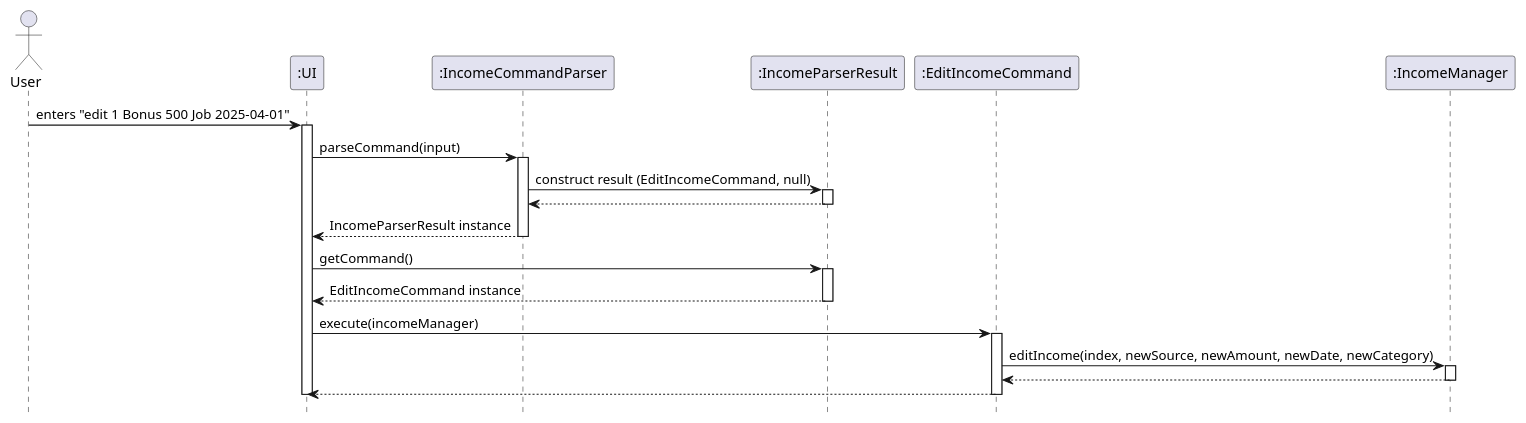
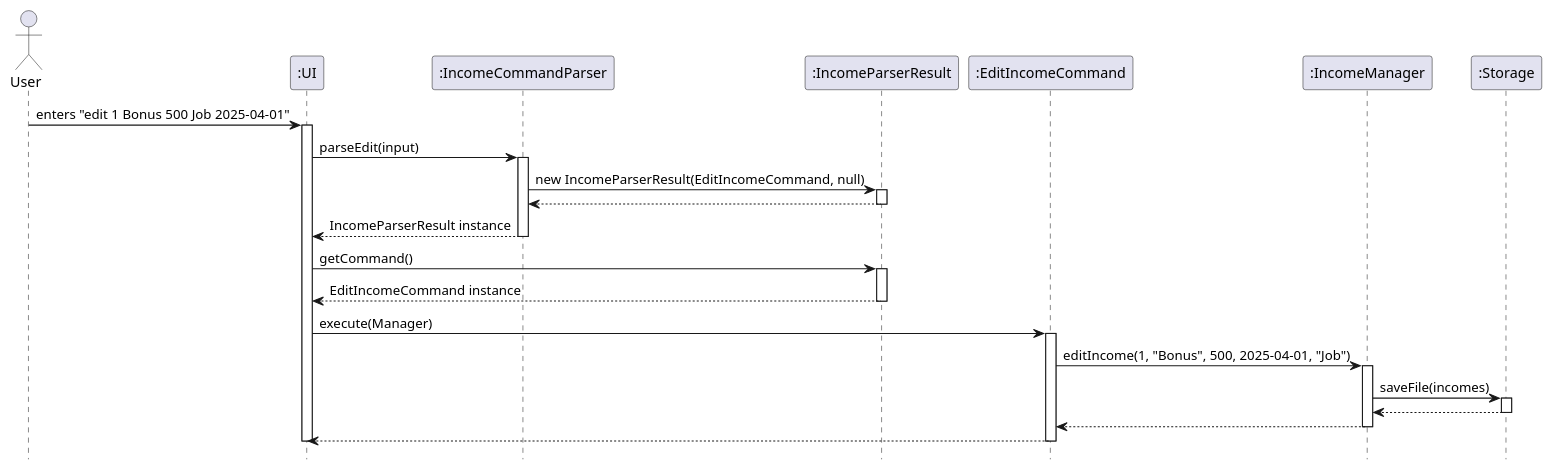
The diagram in docs/diagrams/EditIncomeSequence.puml (trunghjieu2506/tp), drawn with PlantUML before and after one commit. The commit also changed 8 other files, not shown here.

Commit message:
Update PlantUML diagrams

```diff
--- a/docs/diagrams/EditIncomeSequence.puml
+++ b/docs/diagrams/EditIncomeSequence.puml
@@ -1,41 +1,51 @@
 @startuml
 actor User
-participant ":UI"
-participant ":IncomeCommandParser"
-participant ":IncomeParserResult"
-participant ":EditIncomeCommand"
-participant ":IncomeManager"
+participant ":UI" as UI
+participant ":IncomeCommandParser" as Parser
+participant ":IncomeParserResult" as Result
+participant ":EditIncomeCommand" as EditCommand
+participant ":IncomeManager" as Manager
+participant ":Storage" as Storage
 hide footbox
 
-User -> ":UI" : enters "edit 1 Bonus 500 Job 2025-04-01"
-activate ":UI"
+User -> UI : enters "edit 1 Bonus 500 Job 2025-04-01"
+activate UI
 
-":UI" -> ":IncomeCommandParser": parseCommand(input)
-activate ":IncomeCommandParser"
+UI -> Parser : parseEdit(input)
+activate Parser
 
-":IncomeCommandParser" -> ":IncomeParserResult": construct result (EditIncomeCommand, null)
-activate ":IncomeParserResult"
-":IncomeParserResult" --> ":IncomeCommandParser"
-deactivate ":IncomeParserResult"
+Parser -> Result : new IncomeParserResult(EditIncomeCommand, null)
+activate Result
 
-":IncomeCommandParser" --> ":UI": IncomeParserResult instance
-deactivate ":IncomeCommandParser"
+Result --> Parser
+deactivate Result
 
-":UI" -> ":IncomeParserResult": getCommand()
-activate ":IncomeParserResult"
-":IncomeParserResult" --> ":UI": EditIncomeCommand instance
-deactivate ":IncomeParserResult"
+Parser --> UI : IncomeParserResult instance
+deactivate Parser
 
-":UI" -> ":EditIncomeCommand": execute(incomeManager)
-activate ":EditIncomeCommand"
+UI -> Result : getCommand()
+activate Result
 
-":EditIncomeCommand" -> ":IncomeManager": editIncome(index, newSource, newAmount, newDate, newCategory)
-activate ":IncomeManager"
-":IncomeManager" --> ":EditIncomeCommand"
-deactivate ":IncomeManager"
+Result --> UI : EditIncomeCommand instance
+deactivate Result
 
-":EditIncomeCommand" --> ":UI"
-deactivate ":EditIncomeCommand"
+UI -> EditCommand : execute(Manager)
+activate EditCommand
 
-deactivate ":UI"
+EditCommand -> Manager : editIncome(1, "Bonus", 500, 2025-04-01, "Job")
+activate Manager
+
+Manager -> Storage : saveFile(incomes)
+activate Storage
+
+Storage --> Manager
+deactivate Storage
+
+Manager --> EditCommand
+deactivate Manager
+
+EditCommand --> UI
+deactivate EditCommand
+
+deactivate UI
 @enduml
```
